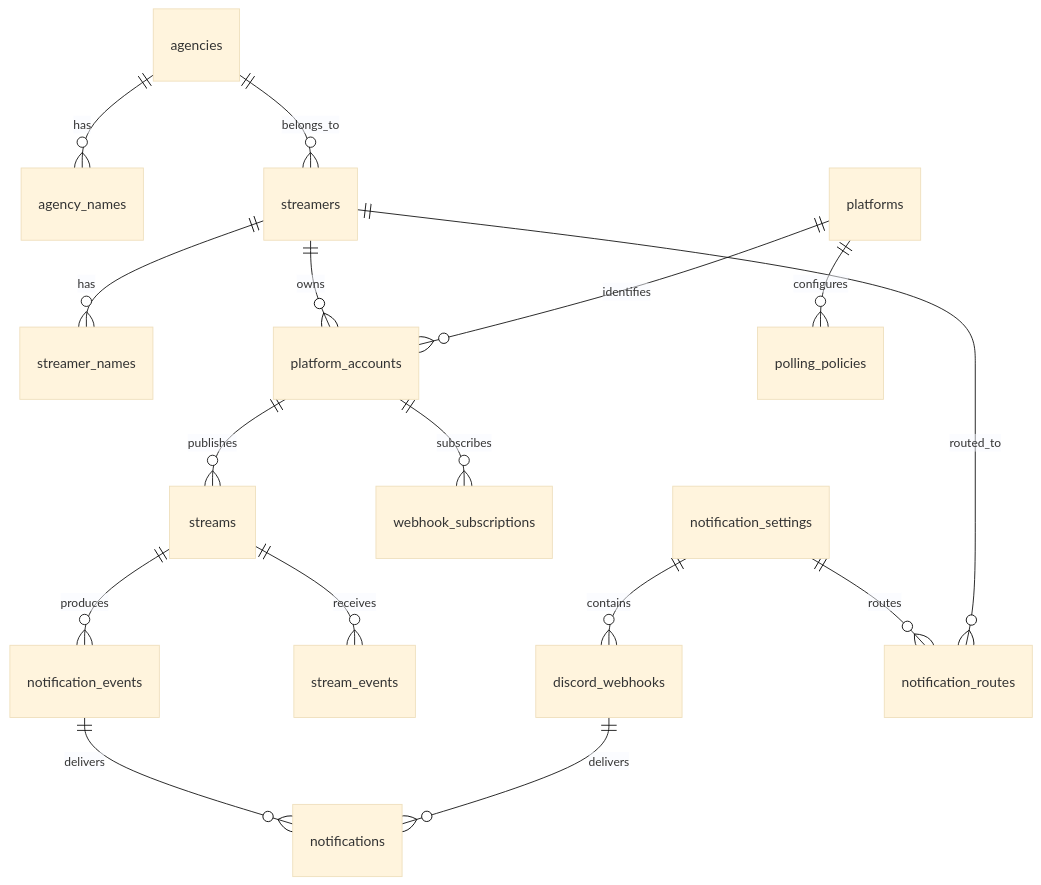
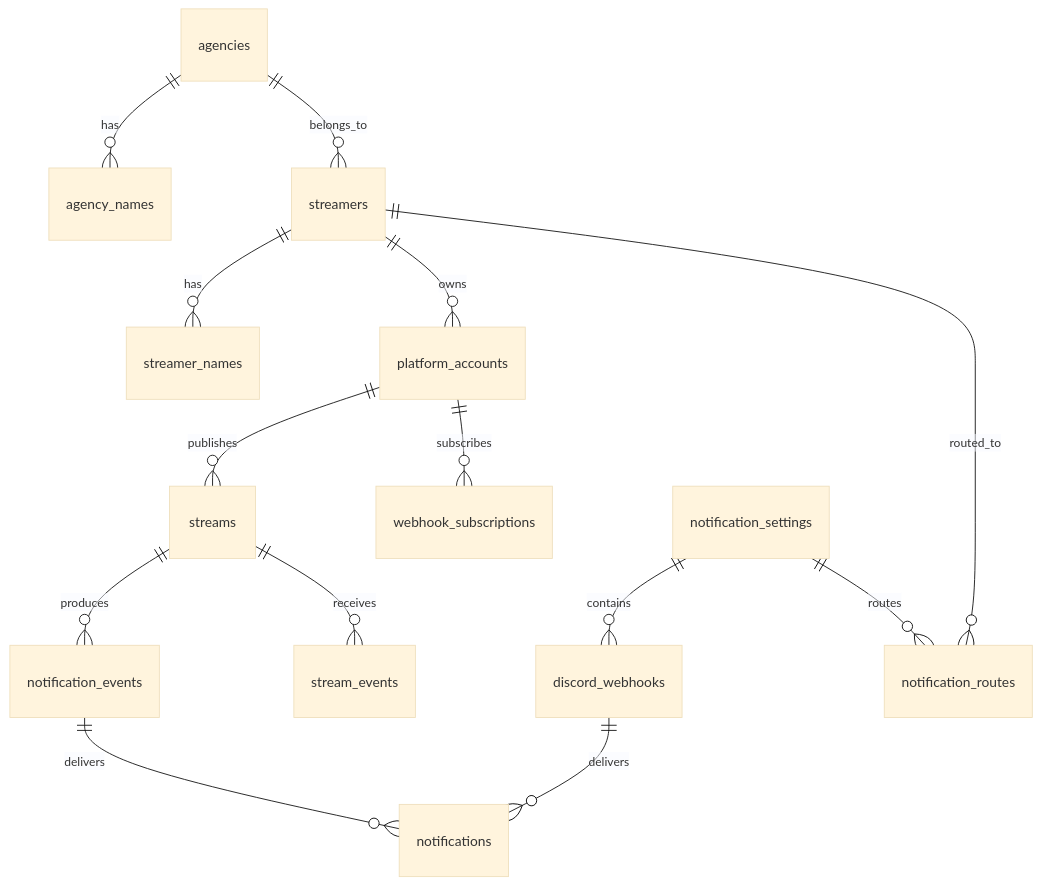
One commit to hrkz777/StreamNotifyBot changed the diagram in Documents/データ設計書.md. Above: the diagram before and after it, drawn with Mermaid (base theme). The commit also changed other lines of this file and 5 other files, not shown here.

````diff
--- a/Documents/データ設計書.md
+++ b/Documents/データ設計書.md
@@ -22,18 +22,16 @@
 ```mermaid
 erDiagram
     notification_settings ||--o{ discord_webhooks : contains
     agencies ||--o{ agency_names : has
     agencies ||--o{ streamers : belongs_to
     streamers ||--o{ streamer_names : has
     streamers ||--o{ platform_accounts : owns
-    platforms ||--o{ platform_accounts : identifies
     platform_accounts ||--o{ webhook_subscriptions : subscribes
     platform_accounts ||--o{ streams : publishes
     streams ||--o{ stream_events : receives
     streams ||--o{ notification_events : produces
     notification_events ||--o{ notifications : delivers
     discord_webhooks ||--o{ notifications : delivers
     notification_settings ||--o{ notification_routes : routes
     streamers ||--o{ notification_routes : routed_to
-    platforms ||--o{ polling_policies : configures
 ```
````
